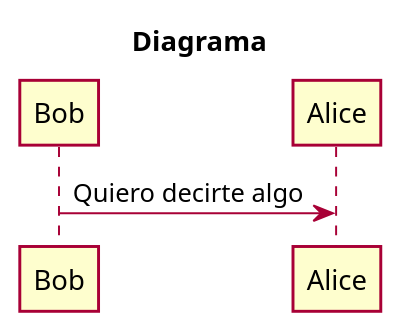
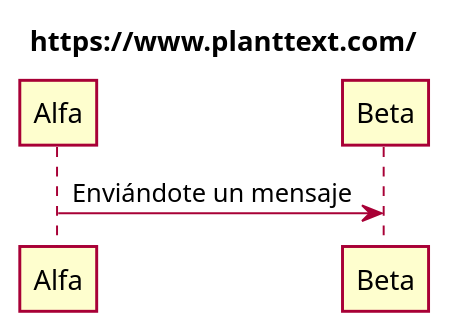
One commit to zherar7ordoya/AP5 changed the diagram in (House)/PlantUML/Samples.puml. Above: the diagram before and after it, drawn with PlantUML. The commit also changed 21 other files, not shown here.

```diff
--- a/(House)/PlantUML/Samples.puml
+++ b/(House)/PlantUML/Samples.puml
@@ -1,15 +1,11 @@
 @startuml Samples
-
-    'https://www.planttext.com/
-
-    '=========== TWEAKS ===========
     skin rose
     skinparam classFontName Calibri
     skinparam shadowing false
-    '------------------------------
 
-    title Diagrama
+    title https://www.planttext.com/
+'====================================
 
-    Bob -> Alice: Quiero decirte algo
+Alfa -> Beta: Enviándote un mensaje
 
 @enduml
```
